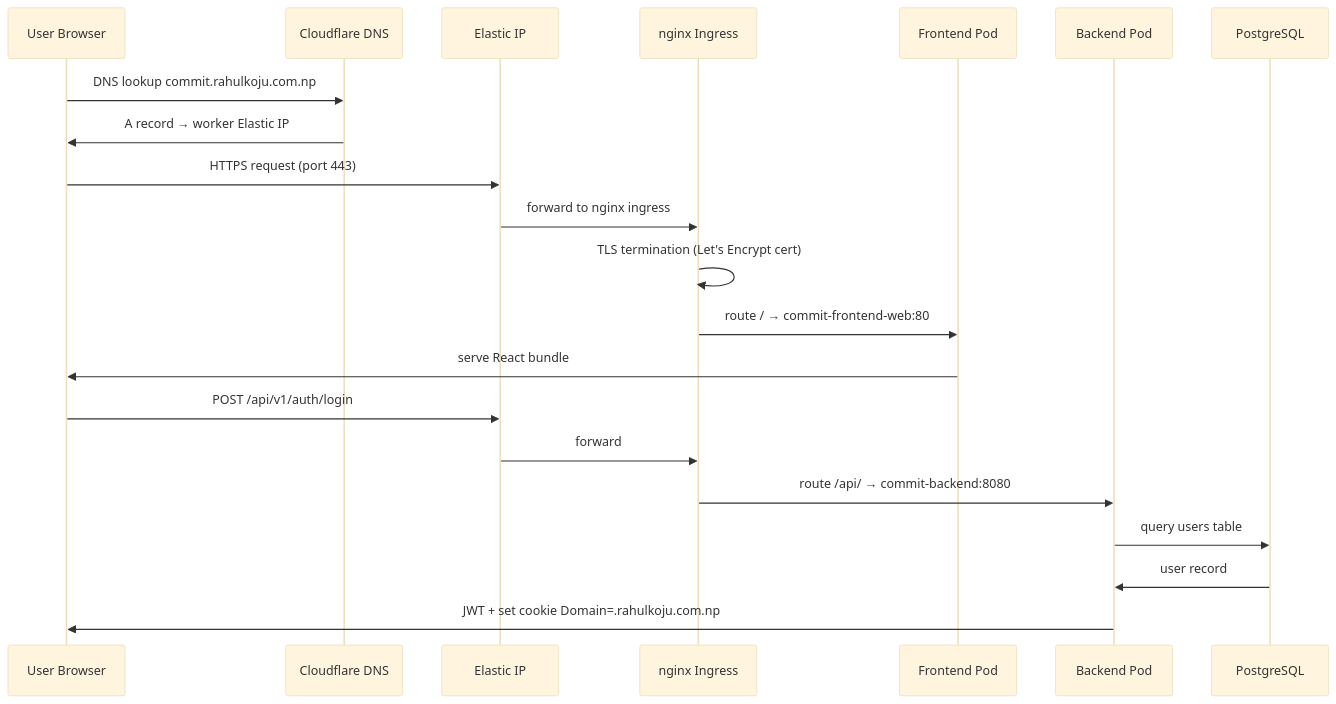
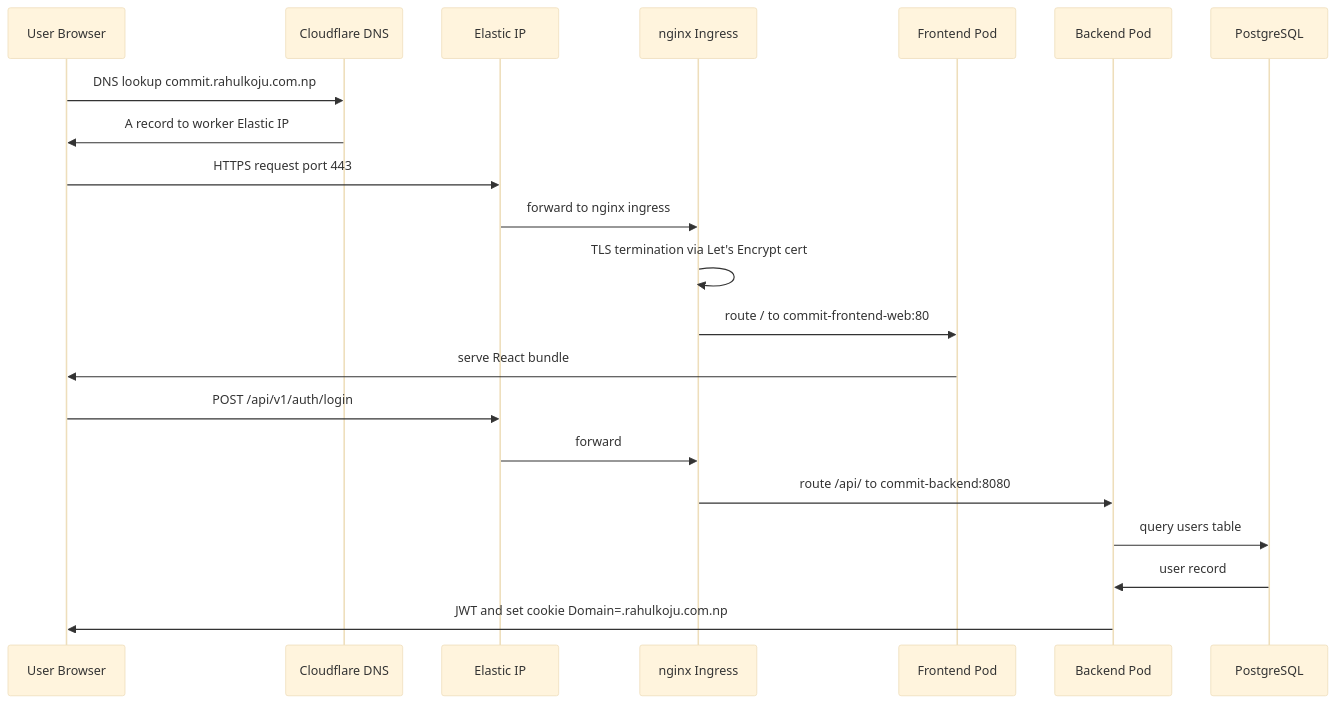
One commit to RahulKoju/commit changed the fourth of 7 diagrams in docs/operations/infrastructure.md. Above: the diagram before and after it, drawn with Mermaid (base theme). The commit also changed other lines of this file and 1 other file, not shown here.

Commit message:
chore(docs): include promtail install step and fix mermaid errors

````diff
--- a/docs/operations/infrastructure.md
+++ b/docs/operations/infrastructure.md
@@ -146,25 +146,25 @@
 ```mermaid
 sequenceDiagram
     participant U as User Browser
     participant CF as Cloudflare DNS
     participant EIP as Elastic IP
     participant NG as nginx Ingress
     participant FE as Frontend Pod
     participant BE as Backend Pod
     participant PG as PostgreSQL
 
     U->>CF: DNS lookup commit.rahulkoju.com.np
-    CF->>U: A record → worker Elastic IP
-    U->>EIP: HTTPS request (port 443)
+    CF->>U: A record to worker Elastic IP
+    U->>EIP: HTTPS request port 443
     EIP->>NG: forward to nginx ingress
-    NG->>NG: TLS termination (Let's Encrypt cert)
-    NG->>FE: route / → commit-frontend-web:80
+    NG->>NG: TLS termination via Let's Encrypt cert
+    NG->>FE: route / to commit-frontend-web:80
     FE->>U: serve React bundle
 
     U->>EIP: POST /api/v1/auth/login
     EIP->>NG: forward
-    NG->>BE: route /api/ → commit-backend:8080
+    NG->>BE: route /api/ to commit-backend:8080
     BE->>PG: query users table
     PG->>BE: user record
-    BE->>U: JWT + set cookie Domain=.rahulkoju.com.np
+    BE->>U: JWT and set cookie Domain=.rahulkoju.com.np
 ```
````
